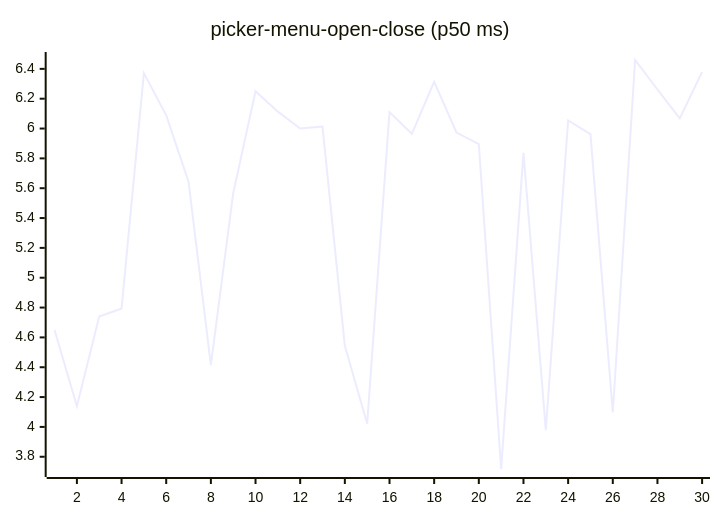
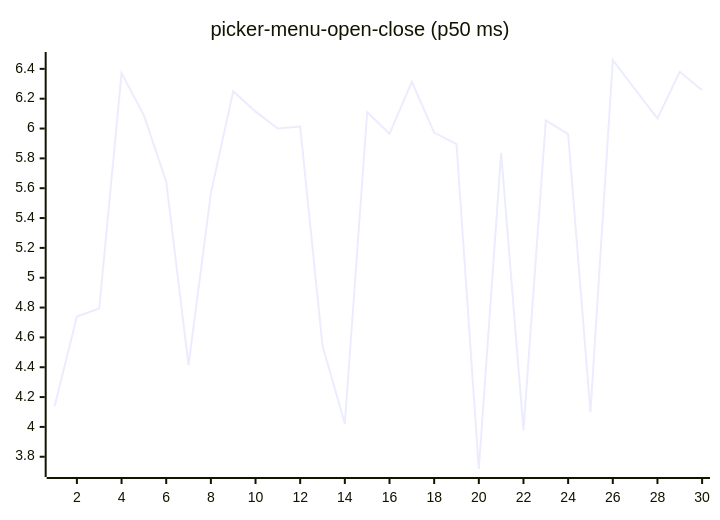
One commit to josha/Facet changed diagram 16 of 27 in README.md. Above: the diagram before and after it, drawn with Mermaid. The commit also changed other lines of this file and 2 other files, not shown here.

````diff
--- a/README.md
+++ b/README.md
@@ -168,6 +168,6 @@
 ```mermaid
 xychart-beta
     title "picker-menu-open-close (p50 ms)"
     x-axis 1 --> 30
-    line [4.6493, 4.1383, 4.7397, 4.7934, 6.3713, 6.0885, 5.6440, 4.4145, 5.5656, 6.2500, 6.1133, 6.0006, 6.0128, 4.5439, 4.0216, 6.1100, 5.9646, 6.3137, 5.9733, 5.8960, 3.7179, 5.8378, 3.9788, 6.0543, 5.9629, 4.0972, 6.4594, 6.2618, 6.0678, 6.3801]
+    line [4.1383, 4.7397, 4.7934, 6.3713, 6.0885, 5.6440, 4.4145, 5.5656, 6.2500, 6.1133, 6.0006, 6.0128, 4.5439, 4.0216, 6.1100, 5.9646, 6.3137, 5.9733, 5.8960, 3.7179, 5.8378, 3.9788, 6.0543, 5.9629, 4.0972, 6.4594, 6.2618, 6.0678, 6.3801, 6.2569]
 ```
````
